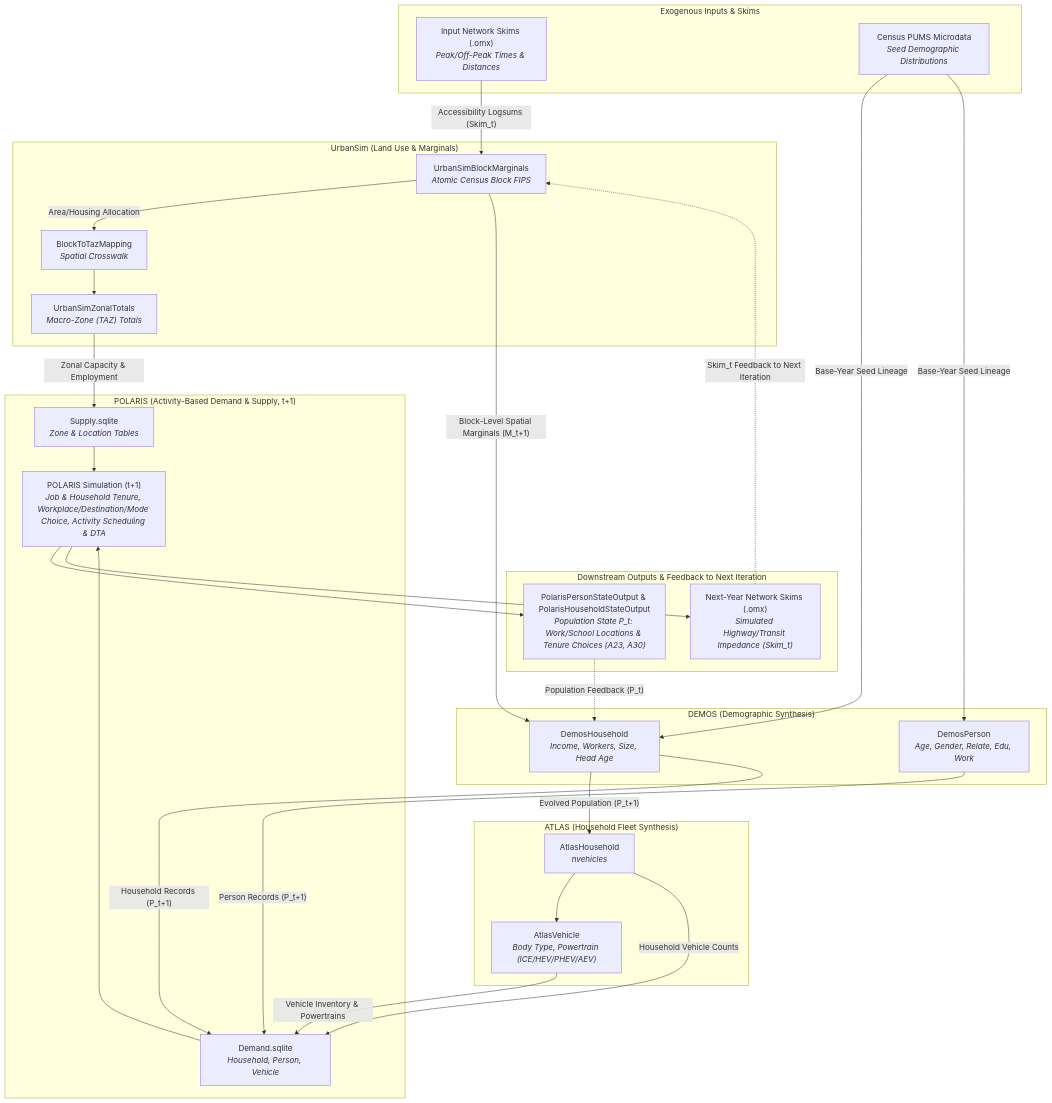
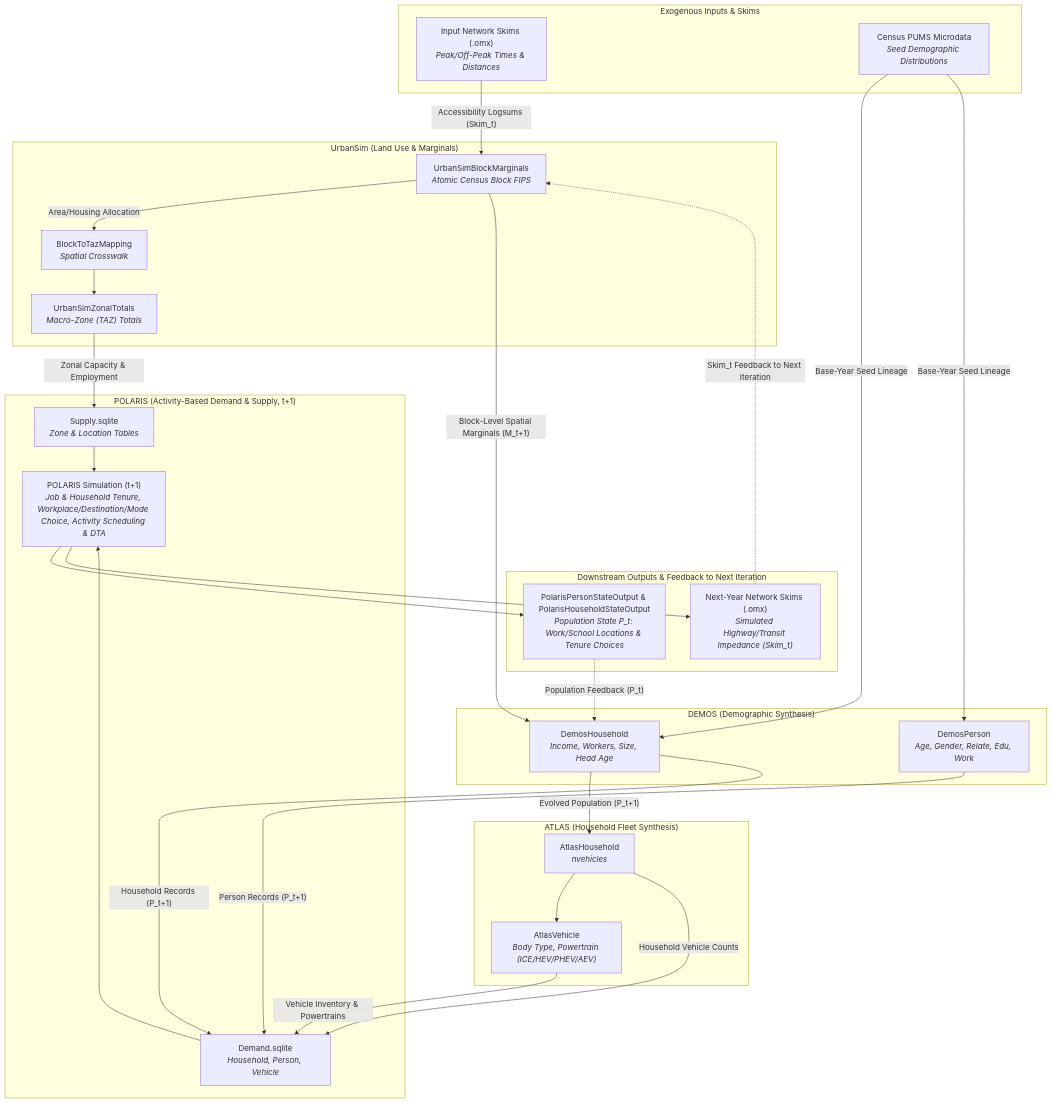
One commit to LBNL-UCB-STI/synergy-schema changed the first of 10 diagrams in docs/cross-model-mappings/deliverable_1_uml.md. Above: the diagram before and after it, drawn with Mermaid. The commit also changed other lines of this file and 19 other files, not shown here.

Commit message:
Clean up LinkML schema descriptions and remove redundant annotations

````diff
--- a/docs/cross-model-mappings/deliverable_1_uml.md
+++ b/docs/cross-model-mappings/deliverable_1_uml.md
@@ -14,72 +14,72 @@
     ```mermaid
     flowchart TD
         subgraph Inputs ["Exogenous Inputs & Skims"]
             SkimsIn["Input Network Skims (.omx)<br/><i>Peak/Off-Peak Times & Distances</i>"]
             PUMS["Census PUMS Microdata<br/><i>Seed Demographic Distributions</i>"]
         end
 
         subgraph UrbanSim ["UrbanSim (Land Use & Marginals)"]
             US_Block["UrbanSimBlockMarginals<br/><i>Atomic Census Block FIPS</i>"]
             US_Map["BlockToTazMapping<br/><i>Spatial Crosswalk</i>"]
             US_Zone["UrbanSimZonalTotals<br/><i>Macro-Zone (TAZ) Totals</i>"]
         end
 
         subgraph DEMOS ["DEMOS (Demographic Synthesis)"]
             DEMOS_HH["DemosHousehold<br/><i>Income, Workers, Size, Head Age</i>"]
             DEMOS_P["DemosPerson<br/><i>Age, Gender, Relate, Edu, Work</i>"]
         end
 
         subgraph ATLAS ["ATLAS (Household Fleet Synthesis)"]
             ATLAS_HH["AtlasHousehold<br/><i>nvehicles</i>"]
             ATLAS_V["AtlasVehicle<br/><i>Body Type, Powertrain (ICE/HEV/PHEV/AEV)</i>"]
         end
 
         subgraph POLARIS ["POLARIS (Activity-Based Demand & Supply, t+1)"]
             POL_Supply["Supply.sqlite<br/><i>Zone & Location Tables</i>"]
             POL_Demand["Demand.sqlite<br/><i>Household, Person, Vehicle</i>"]
             POL_DTA["POLARIS Simulation (t+1)<br/><i>Job & Household Tenure, Workplace/Destination/Mode Choice, Activity Scheduling & DTA</i>"]
         end
 
         subgraph Outputs ["Downstream Outputs & Feedback to Next Iteration"]
-            POL_StateOut["PolarisPersonStateOutput & PolarisHouseholdStateOutput<br/><i>Population State P_t: Work/School Locations & Tenure Choices (A23, A30)</i>"]
+            POL_StateOut["PolarisPersonStateOutput & PolarisHouseholdStateOutput<br/><i>Population State P_t: Work/School Locations & Tenure Choices</i>"]
             SkimsOut["Next-Year Network Skims (.omx)<br/><i>Simulated Highway/Transit Impedance (Skim_t)</i>"]
         end
 
         %% Connections
         SkimsIn -->|"Accessibility Logsums (Skim_t)"| US_Block
         PUMS -->|"Base-Year Seed Lineage"| DEMOS_HH
         PUMS -->|"Base-Year Seed Lineage"| DEMOS_P
 
         US_Block -->|"Area/Housing Allocation"| US_Map
         US_Map --> US_Zone
         US_Zone -->|"Zonal Capacity & Employment"| POL_Supply
         US_Block -->|"Block-Level Spatial Marginals (M_t+1)"| DEMOS_HH
 
         DEMOS_HH -->|"Evolved Population (P_t+1)"| ATLAS_HH
         DEMOS_HH -->|"Household Records (P_t+1)"| POL_Demand
         DEMOS_P -->|"Person Records (P_t+1)"| POL_Demand
 
         ATLAS_HH --> ATLAS_V
         ATLAS_HH -->|"Household Vehicle Counts"| POL_Demand
         ATLAS_V -->|"Vehicle Inventory & Powertrains"| POL_Demand
 
         POL_Supply --> POL_DTA
         POL_Demand --> POL_DTA
         POL_DTA --> POL_StateOut
         POL_DTA --> SkimsOut
         POL_StateOut -.->|"Population Feedback (P_t)"| DEMOS_HH
         SkimsOut -.->|"Skim_t Feedback to Next Iteration"| US_Block
 
         %% Interactive Clickable Schema Links
         click SkimsIn "../schema/InputNetworkSkims/" "View InputNetworkSkims LinkML documentation"
         click US_Block "../schema/UrbanSimBlockMarginals/" "View UrbanSimBlockMarginals LinkML documentation"
         click US_Map "../schema/BlockToTazMapping/" "View BlockToTazMapping LinkML documentation"
         click US_Zone "../schema/UrbanSimZonalTotals/" "View UrbanSimZonalTotals LinkML documentation"
         click DEMOS_HH "../schema/DemosPolarisMappedHousehold/" "View DemosPolarisMappedHousehold LinkML documentation"
         click DEMOS_P "../schema/DemosPolarisMappedPerson/" "View DemosPolarisMappedPerson LinkML documentation"
         click ATLAS_HH "../schema/AtlasHouseholdFleetOutput/" "View AtlasHouseholdFleetOutput LinkML documentation"
         click ATLAS_V "../schema/AtlasVehicleFleetOutput/" "View AtlasVehicleFleetOutput LinkML documentation"
         click POL_Demand "../schema/PolarisDemandDatabaseHousehold/" "View POLARIS Demand Database LinkML documentation"
         click POL_StateOut "../schema/PolarisPersonStateOutput/" "View PolarisPersonStateOutput LinkML documentation"
         click SkimsOut "../schema/NextYearNetworkSkims/" "View NextYearNetworkSkims LinkML documentation"
     ```
````
